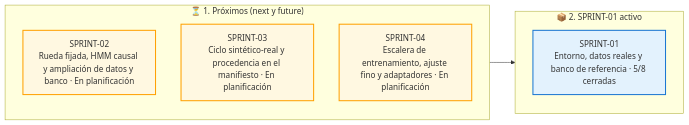
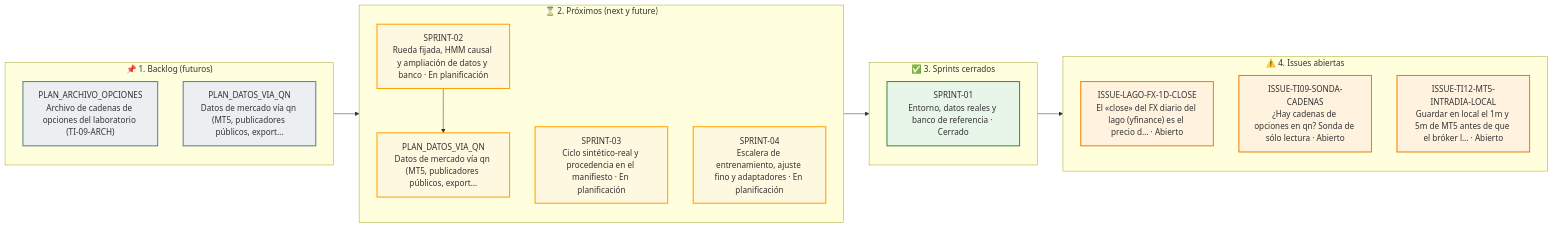
One commit to makiolo/quantdesk-model changed the diagram in docs/plans/index.md. Above: the diagram before and after it, drawn with Mermaid. The commit also changed other lines of this file and 36 other files, not shown here.

First line of the commit message:
docs(plan): cierre y archivo de SPRINT-01 (2026-11-07 a 2026-11-09)

````diff
--- a/docs/plans/index.md
+++ b/docs/plans/index.md
@@ -48,25 +48,46 @@
 ```mermaid
 graph LR
     classDef backlog fill:#eceff1,stroke:#607d8b,stroke-width:2px;
     classDef next fill:#fff8e1,stroke:#ffa000,stroke-width:2px;
     classDef current fill:#e3f2fd,stroke:#1976d2,stroke-width:2px;
     classDef completed fill:#e8f5e9,stroke:#388e3c,stroke-width:2px;
     classDef issues fill:#fff3e0,stroke:#f57c00,stroke-width:2px;
 
-    subgraph N["⏳ 1. Próximos (next y future)"]
-        N1["SPRINT-02<br/>Rueda fijada, HMM causal y ampliación de datos y banco · En planificación"]:::next
-        N2["SPRINT-03<br/>Ciclo sintético-real y procedencia en el manifiesto · En planificación"]:::next
-        N3["SPRINT-04<br/>Escalera de entrenamiento, ajuste fino y adaptadores · En planificación"]:::next
+    subgraph B["📌 1. Backlog (futuros)"]
+        B1["PLAN_ARCHIVO_OPCIONES<br/>Archivo de cadenas de opciones del laboratorio (TI-09-ARCH)"]:::backlog
+        B2["PLAN_DATOS_VIA_QN<br/>Datos de mercado vía qn (MT5, publicadores públicos, export…"]:::backlog
     end
 
-    subgraph C["📦 2. SPRINT-01 activo"]
-        C1["SPRINT-01<br/>Entorno, datos reales y banco de referencia · 5/8 cerradas"]:::current
+    subgraph N["⏳ 2. Próximos (next y future)"]
+        N1["SPRINT-02<br/>Rueda fijada, HMM causal y ampliación de datos y banco · En planificación"]:::next
+        N2["PLAN_DATOS_VIA_QN<br/>Datos de mercado vía qn (MT5, publicadores públicos, export…"]:::next
+        N3["SPRINT-03<br/>Ciclo sintético-real y procedencia en el manifiesto · En planificación"]:::next
+        N4["SPRINT-04<br/>Escalera de entrenamiento, ajuste fino y adaptadores · En planificación"]:::next
+        N1 --> N2
     end
 
-    N --> C
+    subgraph D["✅ 3. Sprints cerrados"]
+        D1["SPRINT-01<br/>Entorno, datos reales y banco de referencia · Cerrado"]:::completed
+    end
 
+    subgraph P["⚠️ 4. Issues abiertas"]
+        P1["ISSUE-LAGO-FX-1D-CLOSE<br/>El «close» del FX diario del lago (yfinance) es el precio d… · Abierto"]:::issues
+        P2["ISSUE-TI09-SONDA-CADENAS<br/>¿Hay cadenas de opciones en qn? Sonda de sólo lectura · Abierto"]:::issues
+        P3["ISSUE-TI12-MT5-INTRADIA-LOCAL<br/>Guardar en local el 1m y 5m de MT5 antes de que el bróker l… · Abierto"]:::issues
+    end
+
+    B --> N
+    N --> D
+    D --> P
+
+    click B1 href "https://github.com/makiolo/quantdesk-model/blob/main/docs/plans/backlog/PLAN_ARCHIVO_OPCIONES.md" _blank
+    click B2 href "https://github.com/makiolo/quantdesk-model/blob/main/docs/plans/backlog/PLAN_DATOS_VIA_QN.md" _blank
     click N1 href "https://github.com/makiolo/quantdesk-model/blob/main/docs/plans/next/SPRINT.md" _blank
-    click N2 href "https://github.com/makiolo/quantdesk-model/blob/main/docs/plans/future/SPRINT-03/SPRINT.md" _blank
-    click N3 href "https://github.com/makiolo/quantdesk-model/blob/main/docs/plans/future/SPRINT-04/SPRINT.md" _blank
-    click C1 href "https://github.com/makiolo/quantdesk-model/blob/main/docs/plans/current/SPRINT.md" _blank
+    click N2 href "https://github.com/makiolo/quantdesk-model/blob/main/docs/plans/backlog/PLAN_DATOS_VIA_QN.md" _blank
+    click N3 href "https://github.com/makiolo/quantdesk-model/blob/main/docs/plans/future/SPRINT-03/SPRINT.md" _blank
+    click N4 href "https://github.com/makiolo/quantdesk-model/blob/main/docs/plans/future/SPRINT-04/SPRINT.md" _blank
+    click D1 href "https://github.com/makiolo/quantdesk-model/blob/main/docs/plans/archive/SPRINT-01_2026-11-07_2026-11-09/SPRINT.md" _blank
+    click P1 href "https://github.com/makiolo/quantdesk-model/blob/main/docs/plans/issues/ISSUE-LAGO-FX-1D-CLOSE.md" _blank
+    click P2 href "https://github.com/makiolo/quantdesk-model/blob/main/docs/plans/issues/ISSUE-TI09-SONDA-CADENAS.md" _blank
+    click P3 href "https://github.com/makiolo/quantdesk-model/blob/main/docs/plans/issues/ISSUE-TI12-MT5-INTRADIA-LOCAL.md" _blank
 ```
````
